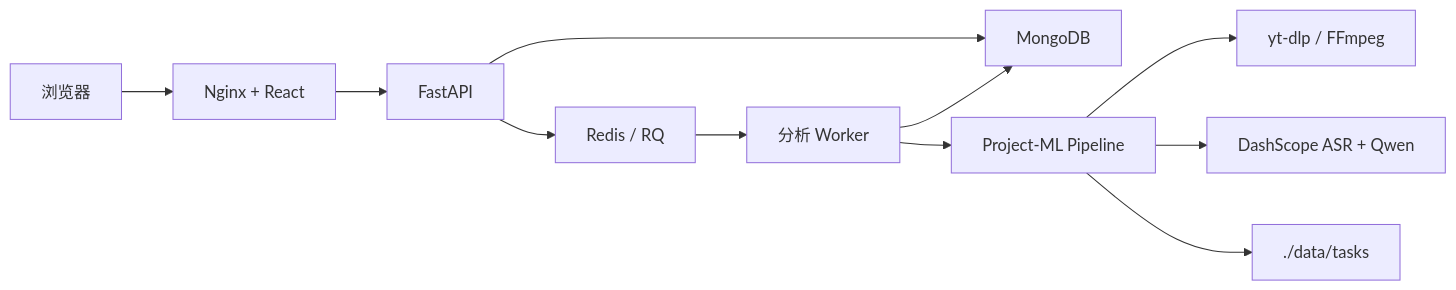
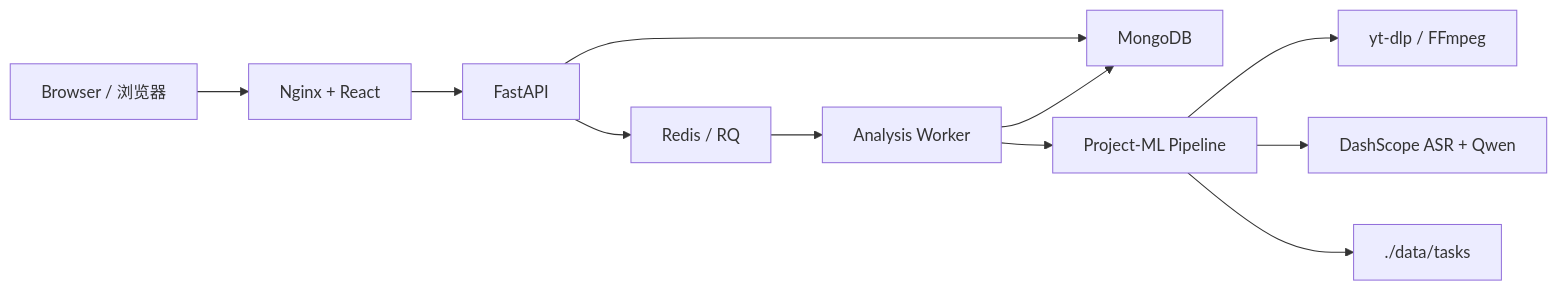
One commit to G2aduuu17/-Bilibili-Youtube-Video-assitant changed the diagram in README.md. Above: the diagram before and after it, drawn with Mermaid. The commit also changed other lines of this file, not shown here.

````diff
--- a/README.md
+++ b/README.md
@@ -31,13 +42,13 @@
 ```mermaid
 flowchart LR
-    U["浏览器"] --> N["Nginx + React"]
+    U["Browser / 浏览器"] --> N["Nginx + React"]
     N --> A["FastAPI"]
     A --> M["MongoDB"]
     A --> R["Redis / RQ"]
-    R --> W["分析 Worker"]
+    R --> W["Analysis Worker"]
     W --> P["Project-ML Pipeline"]
     P --> Y["yt-dlp / FFmpeg"]
     P --> Q["DashScope ASR + Qwen"]
     P --> F["./data/tasks"]
     W --> M
 ```
````
